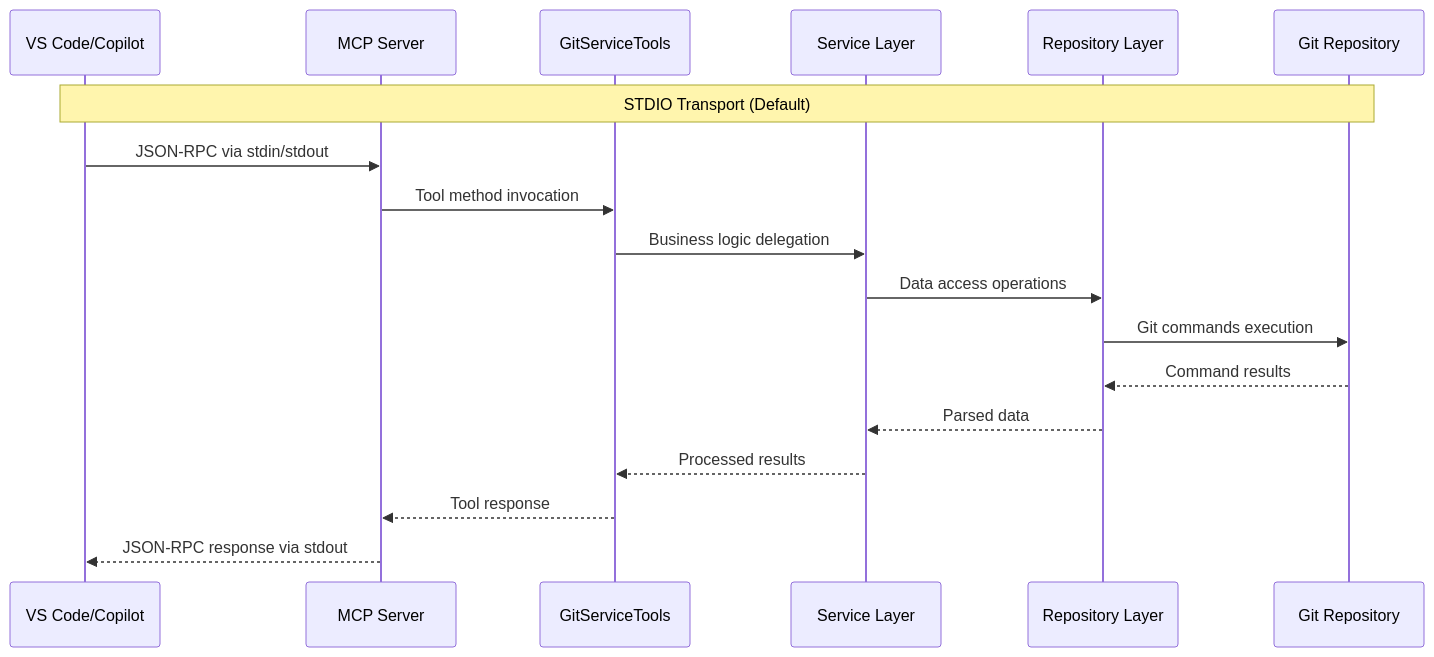
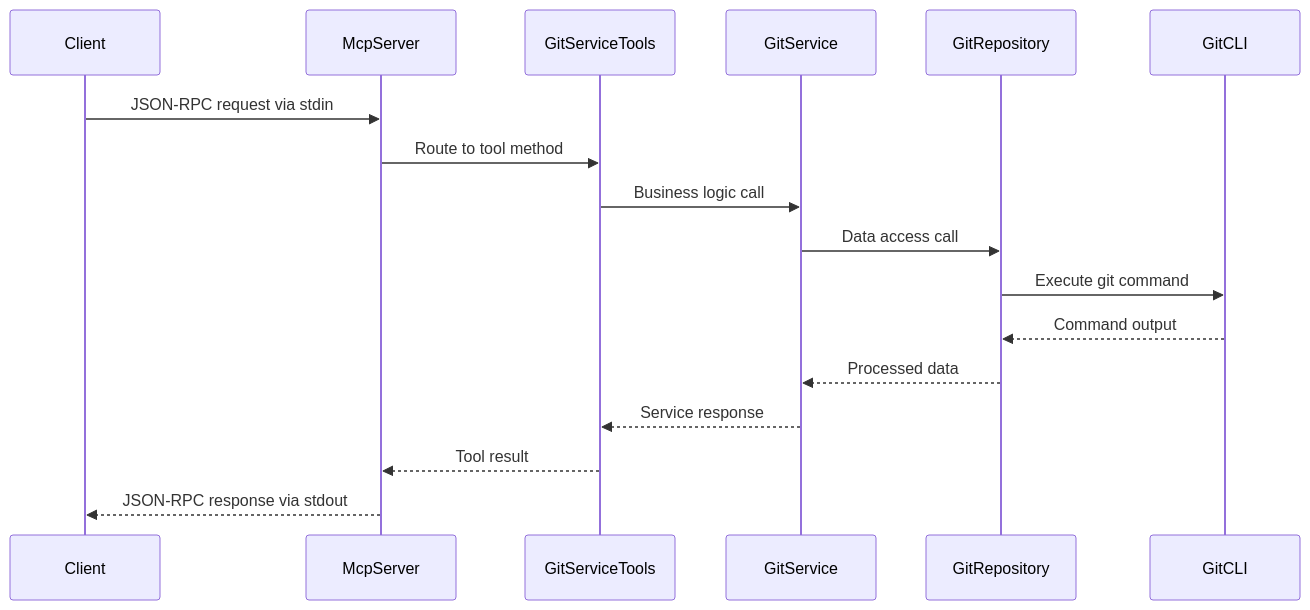
One commit to MCPRUNNER/GitVisionMCP changed the second of 3 diagrams in Documentation/ARCHITECTURE.md. Above: the diagram before and after it, drawn with Mermaid. The commit also changed other lines of this file and 2 other files, not shown here.

````diff
--- a/Documentation/ARCHITECTURE.md
+++ b/Documentation/ARCHITECTURE.md
@@ -206,21 +136,20 @@
 ```mermaid
 sequenceDiagram
-    participant Client as VS Code/Copilot
-    participant MCP as MCP Server
-    participant Tools as GitServiceTools
-    participant Service as Service Layer
-    participant Repo as Repository Layer
-    participant Git as Git Repository
+    participant Client
+    participant McpServer
+    participant GitServiceTools
+    participant GitService
+    participant GitRepository
+    participant GitCLI
 
-    Note over Client,Git: STDIO Transport (Default)
-    Client->>MCP: JSON-RPC via stdin/stdout
-    MCP->>Tools: Tool method invocation
-    Tools->>Service: Business logic delegation
-    Service->>Repo: Data access operations
-    Repo->>Git: Git commands execution
-    Git-->>Repo: Command results
-    Repo-->>Service: Parsed data
-    Service-->>Tools: Processed results
-    Tools-->>MCP: Tool response
-    MCP-->>Client: JSON-RPC response via stdout
+    Client->>McpServer: JSON-RPC request via stdin
+    McpServer->>GitServiceTools: Route to tool method
+    GitServiceTools->>GitService: Business logic call
+    GitService->>GitRepository: Data access call
+    GitRepository->>GitCLI: Execute git command
+    GitCLI-->>GitRepository: Command output
+    GitRepository-->>GitService: Processed data
+    GitService-->>GitServiceTools: Service response
+    GitServiceTools-->>McpServer: Tool result
+    McpServer-->>Client: JSON-RPC response via stdout
 ```
````
